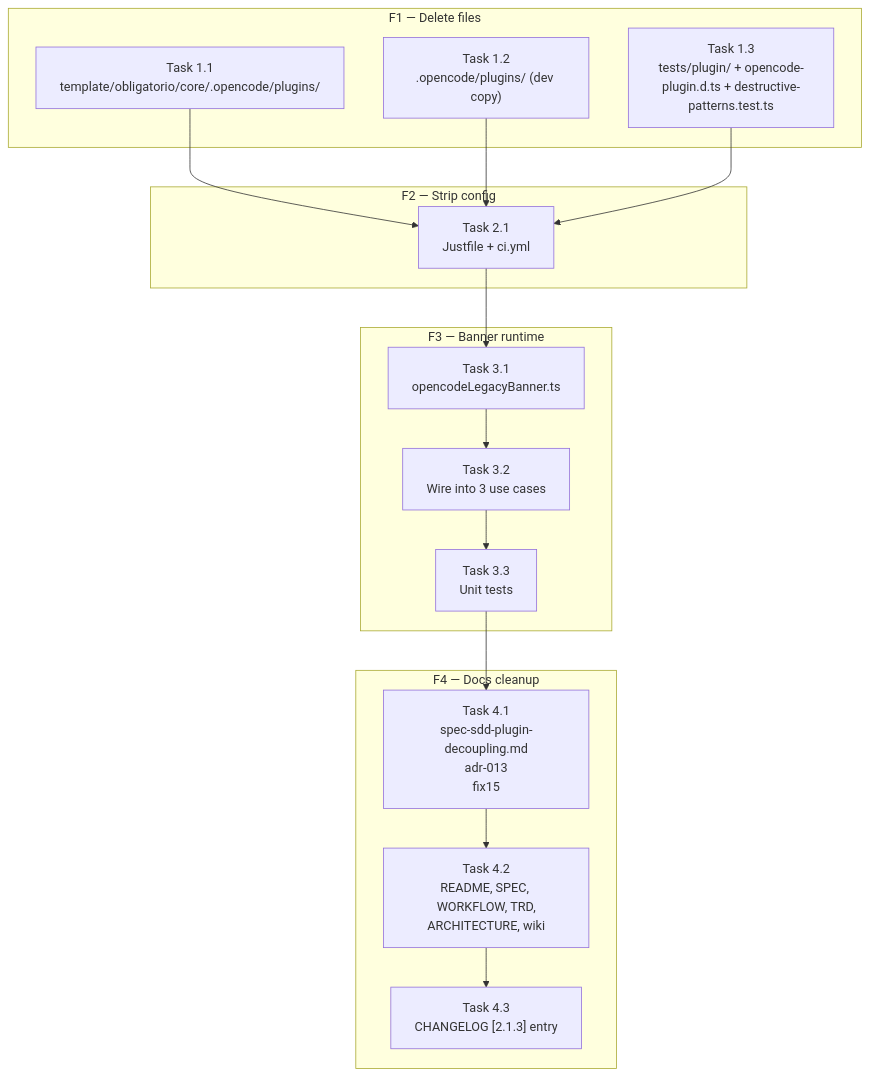
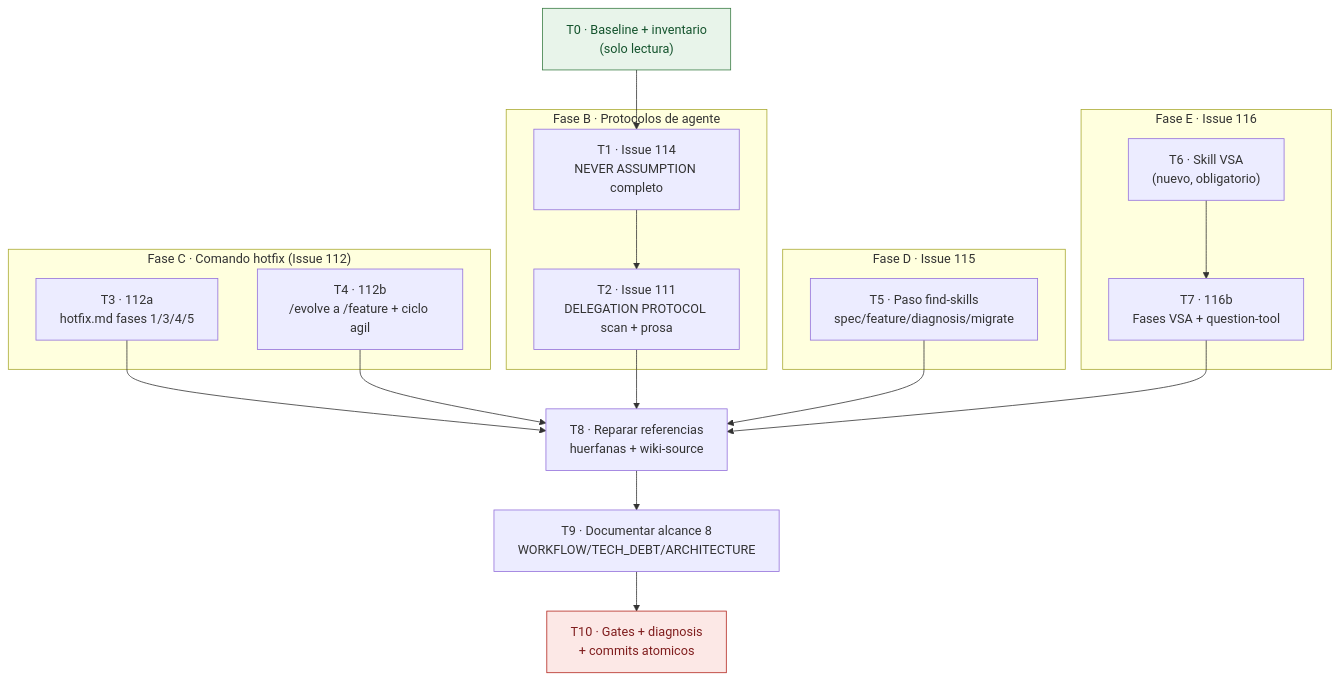
The diagram in tasks/plan.md (Fisherk2/codice-opencode), drawn with Mermaid before and after one commit. The commit also changed other lines of this file and 1 other file, not shown here.

First line of the commit message:
docs(plan): FEV-31 implementation plan from fix30 diagnosis §9

````diff
--- a/tasks/plan.md
+++ b/tasks/plan.md
@@ -178,34 +81,46 @@
 ```mermaid
-graph TB
-    subgraph "F1 — Delete files"
-        T1["Task 1.1<br/>template/obligatorio/core/.opencode/plugins/"]
-        T2["Task 1.2<br/>.opencode/plugins/ (dev copy)"]
-        T3["Task 1.3<br/>tests/plugin/ + opencode-plugin.d.ts + destructive-patterns.test.ts"]
+flowchart TD
+    accTitle: Grafo de dependencias de FEV-31
+    accDescr: Diez tareas encadenadas en ocho fases. T1 precede a T2 porque comparten los seis archivos de agente; T6 precede a T7 porque los comandos referencian el skill VSA; T8, T9 y T10 cierran en cadena porque cada una observa el arbol ya reparado.
+
+    T0["T0 · Baseline + inventario<br/>(solo lectura)"]
+
+    subgraph FB["Fase B · Protocolos de agente"]
+        T1["T1 · Issue 114<br/>NEVER ASSUMPTION completo"]
+        T2["T2 · Issue 111<br/>DELEGATION PROTOCOL scan + prosa"]
     end
 
-    subgraph "F2 — Strip config"
-        R1["Task 2.1<br/>Justfile + ci.yml"]
+    subgraph FC["Fase C · Comando hotfix (Issue 112)"]
+        T3["T3 · 112a<br/>hotfix.md fases 1/3/4/5"]
+        T4["T4 · 112b<br/>/evolve a /feature + ciclo agil"]
     end
 
-    subgraph "F3 — Banner runtime"
-        B1["Task 3.1<br/>opencodeLegacyBanner.ts"]
-        B2["Task 3.2<br/>Wire into 3 use cases"]
-        B3["Task 3.3<br/>Unit tests"]
+    subgraph FD["Fase D · Issue 115"]
+        T5["T5 · Paso find-skills<br/>spec/feature/diagnosis/migrate"]
     end
 
-    subgraph "F4 — Docs cleanup"
-        D1["Task 4.1<br/>spec-sdd-plugin-decoupling.md<br/>adr-013<br/>fix15"]
-        D2["Task 4.2<br/>README, SPEC, WORKFLOW, TRD,<br/>ARCHITECTURE, wiki"]
-        D3["Task 4.3<br/>CHANGELOG [2.1.3] entry"]
+    subgraph FE["Fase E · Issue 116"]
+        T6["T6 · Skill VSA<br/>(nuevo, obligatorio)"]
+        T7["T7 · 116b<br/>Fases VSA + question-tool"]
     end
 
-    T1 --> R1
-    T2 --> R1
-    T3 --> R1
-    R1 --> B1
-    B1 --> B2
-    B2 --> B3
-    B3 --> D1
-    D1 --> D2
-    D2 --> D3
+    T8["T8 · Reparar referencias<br/>huerfanas + wiki-source"]
+    T9["T9 · Documentar alcance 8<br/>WORKFLOW/TECH_DEBT/ARCHITECTURE"]
+    T10["T10 · Gates + diagnosis<br/>+ commits atomicos"]
+
+    T0 --> T1
+    T1 --> T2
+    T3 --> T8
+    T4 --> T8
+    T2 --> T8
+    T5 --> T8
+    T6 --> T7
+    T7 --> T8
+    T8 --> T9
+    T9 --> T10
+
+    classDef gate fill:#e8f4ea,stroke:#3a7d44,color:#14532d
+    classDef cierre fill:#fce8e6,stroke:#b3261e,color:#7f1d1d
+    class T0 gate
+    class T10 cierre
 ```
````
